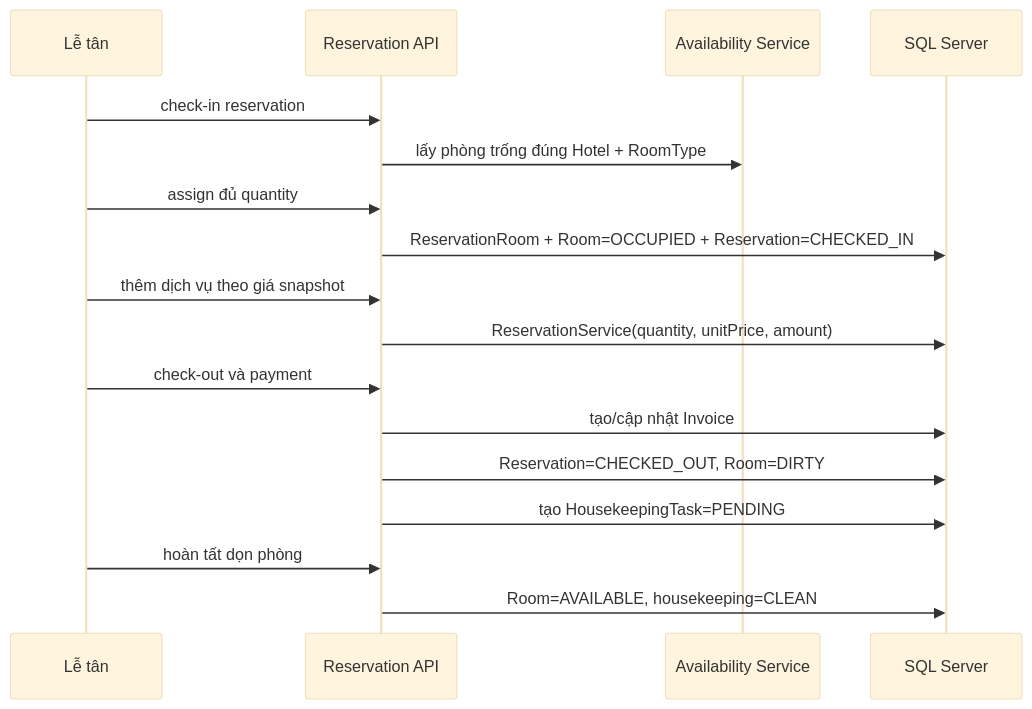
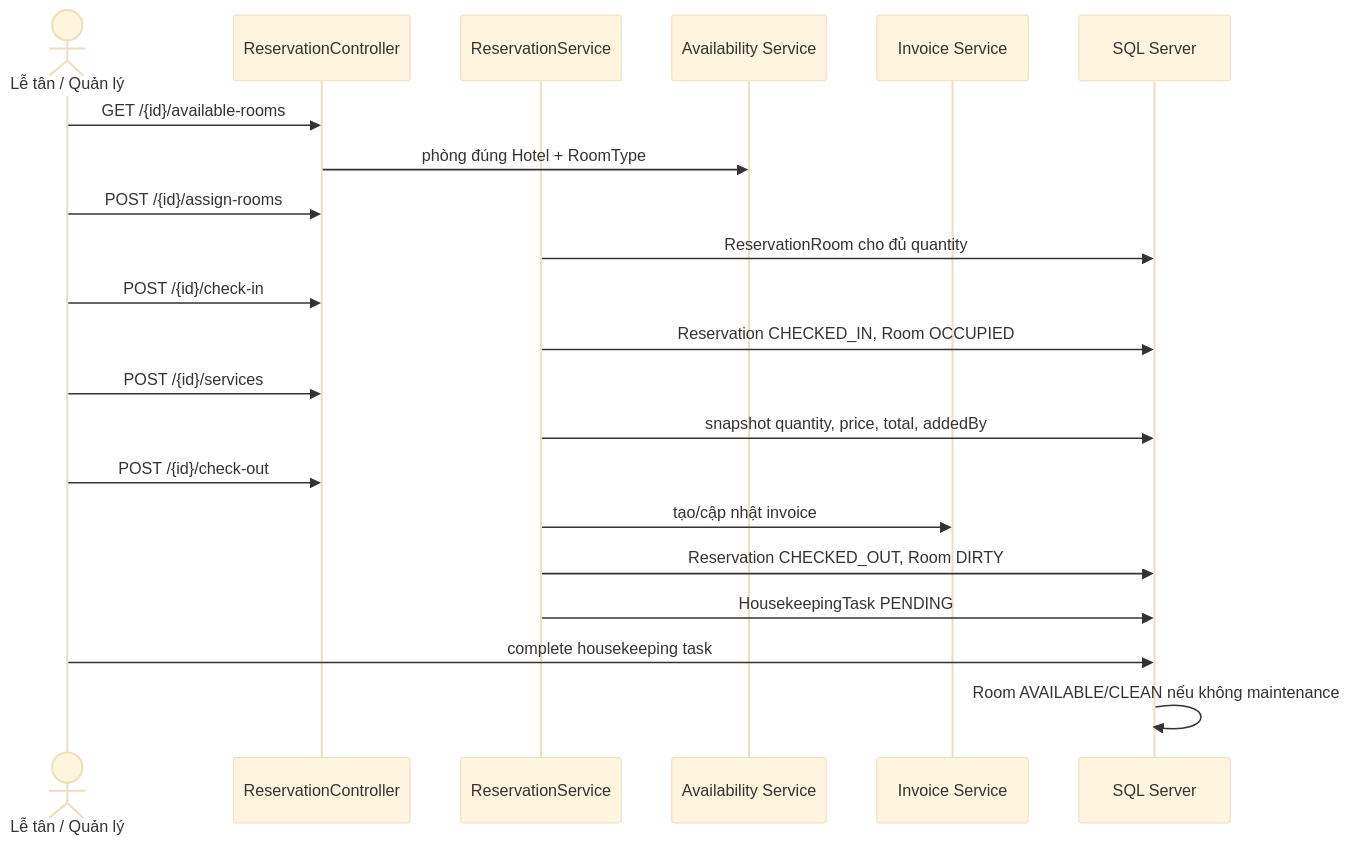
Before and after one commit to GinNgo/He-thong-quan-ly-khach-san: diagram 12 of 22 in docs/UML.md, drawn with Mermaid (base theme). The commit also changed other lines of this file and 335 other files, not shown here.

Commit message:
docs: update documentation, architecture reports and specs

````diff
--- a/docs/UML.md
+++ b/docs/UML.md
@@ -559,19 +556,24 @@
 ```mermaid
 sequenceDiagram
-    participant Staff as Lễ tân
-    participant API as Reservation API
+    actor Staff as Lễ tân / Quản lý
+    participant API as ReservationController
+    participant Service as ReservationService
     participant Inventory as Availability Service
+    participant Invoice as Invoice Service
     participant DB as SQL Server
-    Staff->>API: check-in reservation
-    API->>Inventory: lấy phòng trống đúng Hotel + RoomType
-    Staff->>API: assign đủ quantity
-    API->>DB: ReservationRoom + Room=OCCUPIED + Reservation=CHECKED_IN
-    Staff->>API: thêm dịch vụ theo giá snapshot
-    API->>DB: ReservationService(quantity, unitPrice, amount)
-    Staff->>API: check-out và payment
-    API->>DB: tạo/cập nhật Invoice
-    API->>DB: Reservation=CHECKED_OUT, Room=DIRTY
-    API->>DB: tạo HousekeepingTask=PENDING
-    Staff->>API: hoàn tất dọn phòng
-    API->>DB: Room=AVAILABLE, housekeeping=CLEAN
+
+    Staff->>API: GET /{id}/available-rooms
+    API->>Inventory: phòng đúng Hotel + RoomType
+    Staff->>API: POST /{id}/assign-rooms
+    Service->>DB: ReservationRoom cho đủ quantity
+    Staff->>API: POST /{id}/check-in
+    Service->>DB: Reservation CHECKED_IN, Room OCCUPIED
+    Staff->>API: POST /{id}/services
+    Service->>DB: snapshot quantity, price, total, addedBy
+    Staff->>API: POST /{id}/check-out
+    Service->>Invoice: tạo/cập nhật invoice
+    Service->>DB: Reservation CHECKED_OUT, Room DIRTY
+    Service->>DB: HousekeepingTask PENDING
+    Staff->>DB: complete housekeeping task
+    DB->>DB: Room AVAILABLE/CLEAN nếu không maintenance
 ```
````
